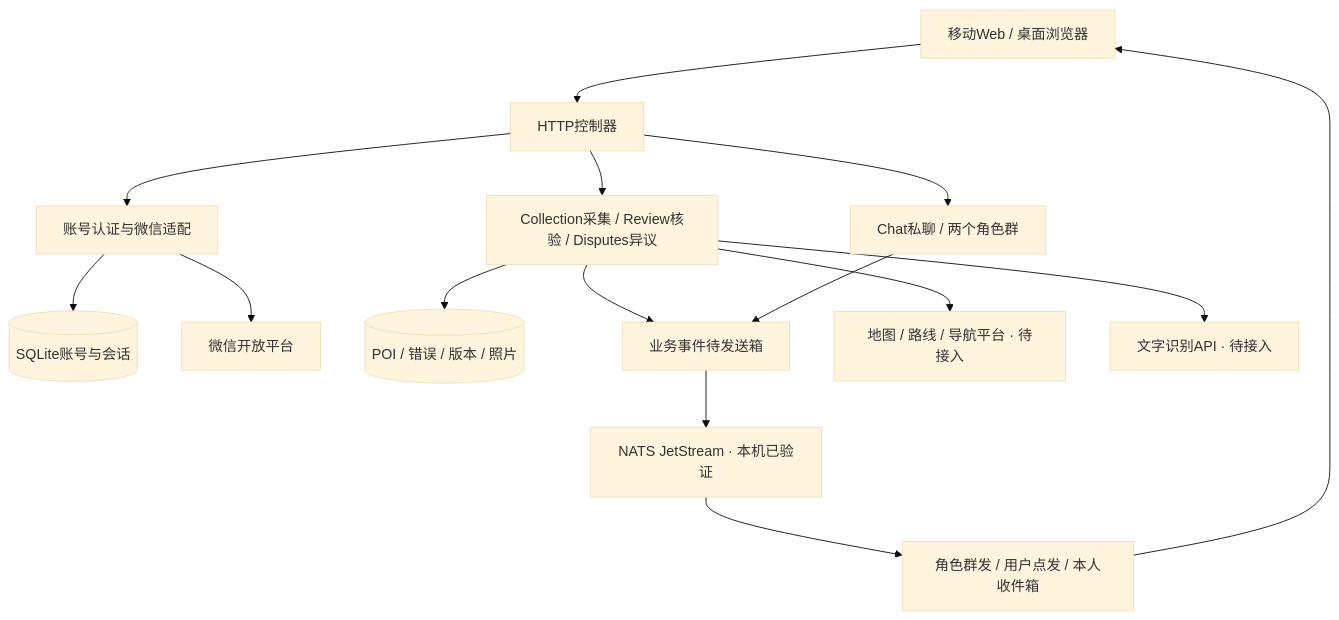
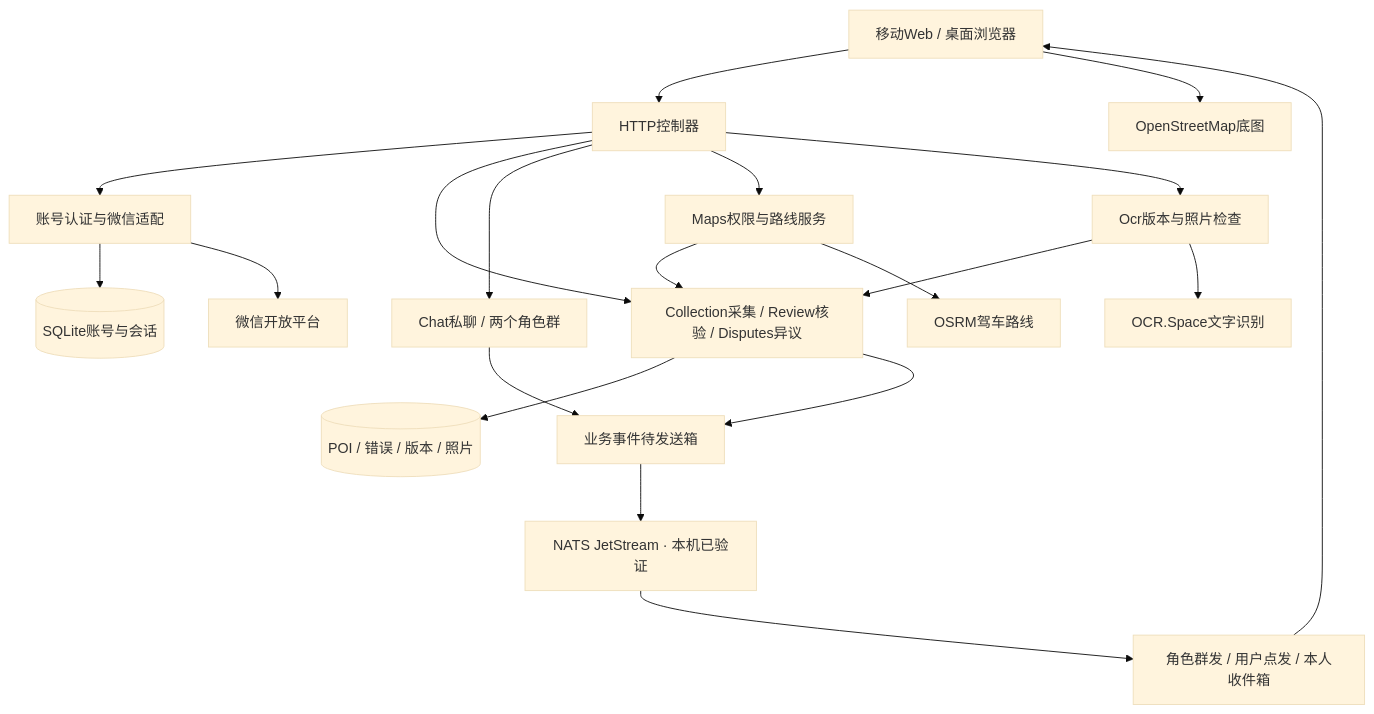
The diagram in docs/architecture.md (Florian-yang/mapqc-sadp-practice), drawn with Mermaid (base theme) before and after one commit. The commit also changed other lines of this file and 35 other files, not shown here.

Commit message:
Add POI map, driving routes and photo OCR

````diff
--- a/docs/architecture.md
+++ b/docs/architecture.md
@@ -5,17 +5,22 @@
 ```mermaid
 flowchart TB
   web[移动Web / 桌面浏览器] --> http[HTTP控制器]
   http --> auth[账号认证与微信适配]
   http --> poi[Collection采集 / Review核验 / Disputes异议]
   http --> chat[Chat私聊 / 两个角色群]
   auth --> db[(SQLite账号与会话)]
   auth --> wx[微信开放平台]
   poi --> store[(POI / 错误 / 版本 / 照片)]
   poi --> outbox[业务事件待发送箱]
   chat --> outbox
   outbox --> mq[NATS JetStream · 本机已验证]
   mq --> delivery[角色群发 / 用户点发 / 本人收件箱]
   delivery --> web
-  poi --> geo[地图 / 路线 / 导航平台 · 待接入]
-  poi --> ocr[文字识别API · 待接入]
+  http --> maps[Maps权限与路线服务]
+  maps --> poi
+  maps --> geo[OSRM驾车路线]
+  web --> tiles[OpenStreetMap底图]
+  http --> ocr[Ocr版本与照片检查]
+  ocr --> poi
+  ocr --> api[OCR.Space文字识别]
 ```
````
